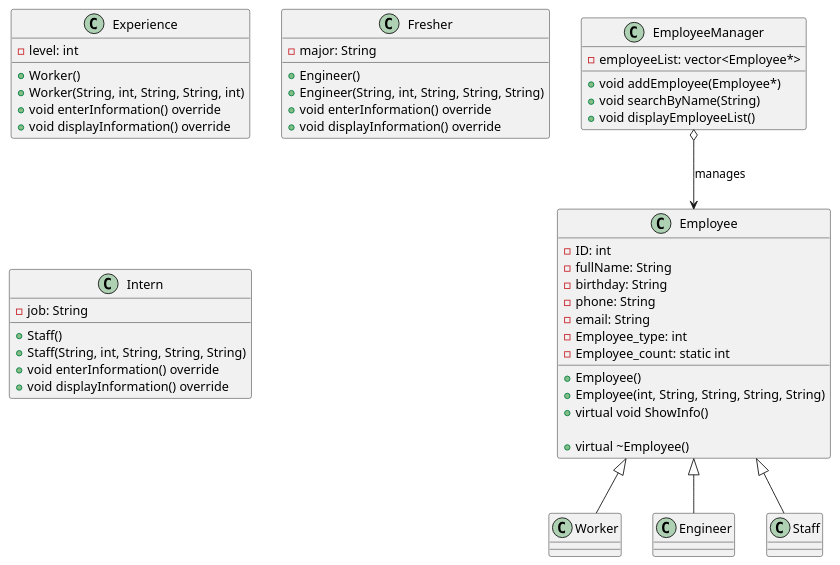
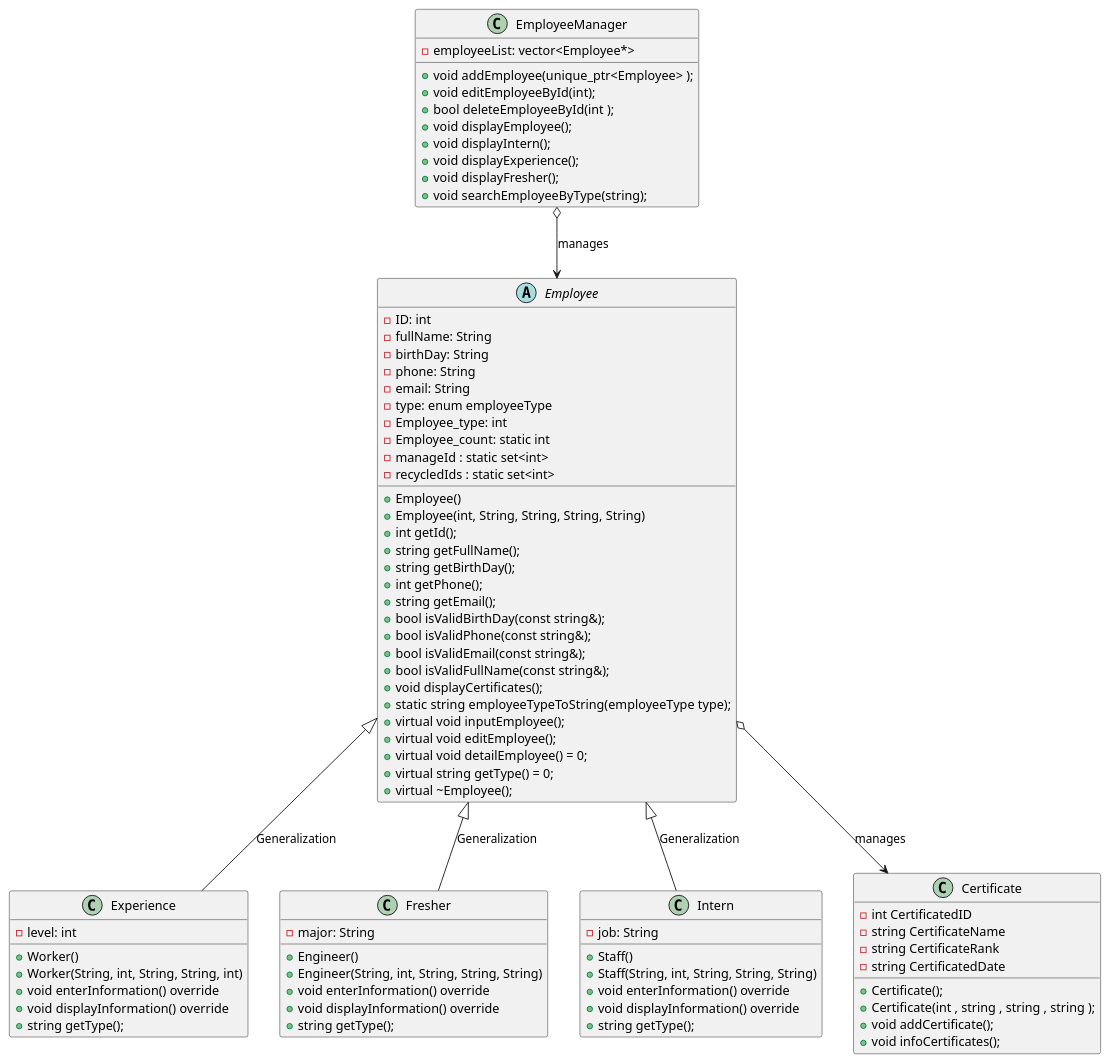
Before and after one commit to baobluebird/Basic-C-Cplusplus: the diagram in .Assigment/OOP/ex13/diagram/diagram.wsd, drawn with PlantUML. The commit also changed 125 other files, not shown here.

```diff
--- a/.Assigment/OOP/ex13/diagram/diagram.wsd
+++ b/.Assigment/OOP/ex13/diagram/diagram.wsd
@@ -1,54 +1,89 @@
 @startuml
 
-class Employee {
+abstract class Employee {
   - ID: int
   - fullName: String
-  - birthday: String
+  - birthDay: String
   - phone: String
   - email: String
+  - type: enum employeeType
   - Employee_type: int
   - Employee_count: static int
+  - manageId : static set<int> 
+  - recycledIds : static set<int>
   + Employee()
   + Employee(int, String, String, String, String)
-  + virtual void ShowInfo()
-  
-  + virtual ~Employee()
+  + int getId();
+  + string getFullName();
+  + string getBirthDay();
+  + int getPhone();
+  + string getEmail();
+  + bool isValidBirthDay(const string&);
+  + bool isValidPhone(const string&);
+  + bool isValidEmail(const string&);
+  + bool isValidFullName(const string&);
+  + void displayCertificates();
+  + static string employeeTypeToString(employeeType type);
+  + virtual void inputEmployee();
+  + virtual void editEmployee();
+  + virtual void detailEmployee() = 0;
+  + virtual string getType() = 0;
+  + virtual ~Employee();
 }
 
 class Experience {
   - level: int
   + Worker()
   + Worker(String, int, String, String, int)
   + void enterInformation() override
   + void displayInformation() override
+  + string getType();
 }
 
 class Fresher {
   - major: String
   + Engineer()
   + Engineer(String, int, String, String, String)
   + void enterInformation() override
   + void displayInformation() override
+  + string getType();
 }
 
 class Intern {
   - job: String
   + Staff()
   + Staff(String, int, String, String, String)
   + void enterInformation() override
   + void displayInformation() override
+  + string getType();
+}
+
+class Certificate {
+    - int CertificatedID
+    - string CertificateName
+    - string CertificateRank
+    - string CertificatedDate
+    + Certificate(); 
+    + Certificate(int , string , string , string );
+    + void addCertificate();
+    + void infoCertificates();
 }
 
 class EmployeeManager {
   - employeeList: vector<Employee*>
-  + void addEmployee(Employee*)
-  + void searchByName(String)
-  + void displayEmployeeList()
+  + void addEmployee(unique_ptr<Employee> );
+  + void editEmployeeById(int);
+  + bool deleteEmployeeById(int );
+  + void displayEmployee();
+  + void displayIntern();
+  + void displayExperience();
+  + void displayFresher();
+  + void searchEmployeeByType(string);
 }
 
-Employee <|-- Worker
-Employee <|-- Engineer
-Employee <|-- Staff
+Employee <|-- Experience : Generalization 
+Employee <|-- Fresher : Generalization 
+Employee <|-- Intern : Generalization 
 EmployeeManager o--> Employee : manages
-
+Employee o--> Certificate : manages
 @enduml
```
